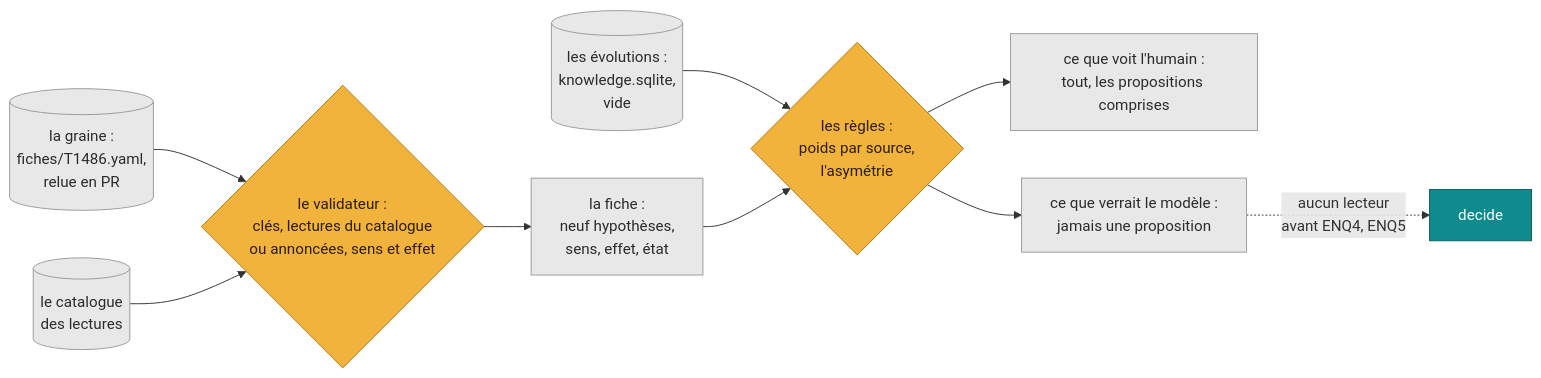
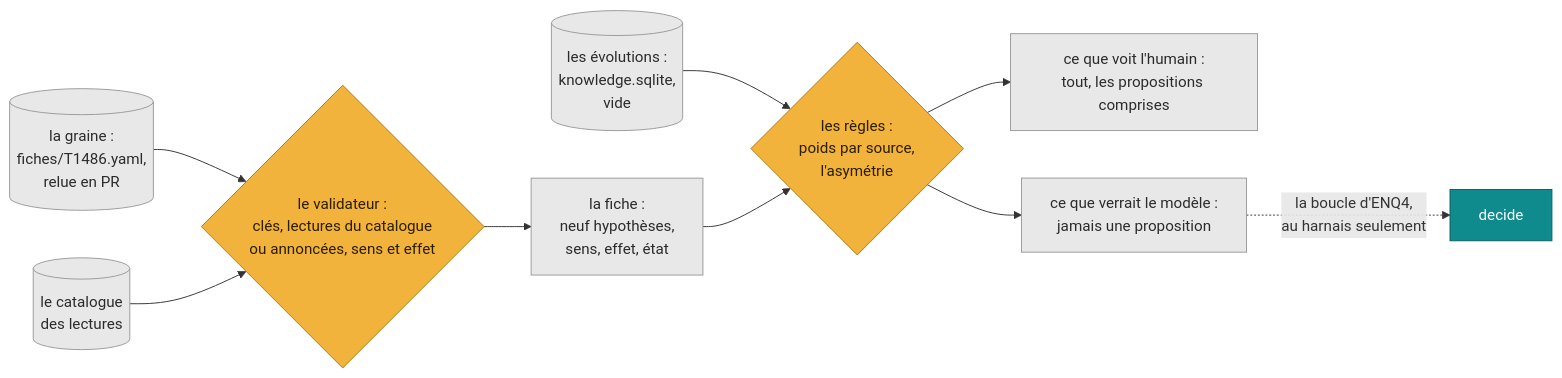
The eighth of 9 diagrams in docs/raisonnement.md (grootcyber/eregion), drawn with Mermaid before and after one commit. The commit also changed other lines of this file and 7 other files, not shown here.

First line of the commit message:
docs(glorfindel): la boucle de l'enquête au labo — la décision « d'abord la boucle », ce que la séance tranchera sur N et T, sa commande et son coût (ENQ4, #1085)

````diff
--- a/docs/raisonnement.md
+++ b/docs/raisonnement.md
@@ -756,17 +760,17 @@
 ```mermaid
 flowchart LR
     SEED[("la graine :<br/>fiches/T1486.yaml,<br/>relue en PR")] --> VAL{"le validateur :<br/>clés, lectures du catalogue<br/>ou annoncées, sens et effet"}
     CAT[("le catalogue<br/>des lectures")] --> VAL
     VAL --> FI["la fiche :<br/>neuf hypothèses,<br/>sens, effet, état"]
     EVT[("les évolutions :<br/>knowledge.sqlite,<br/>vide")] --> RU{"les règles :<br/>poids par source,<br/>l'asymétrie"}
     FI --> RU
     RU --> HUM["ce que voit l'humain :<br/>tout, les propositions comprises"]
     RU --> MOD["ce que verrait le modèle :<br/>jamais une proposition"]
-    MOD -.->|"aucun lecteur<br/>avant ENQ4, ENQ5"| X["decide"]
+    MOD -.->|"la boucle d'ENQ4,<br/>au harnais seulement"| X["decide"]
     classDef model fill:#0f8b8d,stroke:#0a5f60,color:#ffffff
     classDef guard fill:#f2b33d,stroke:#b07a12,color:#2b1d00
     classDef data fill:#e8e8e8,stroke:#9a9a9a,color:#2b2b2b
     class X model
     class VAL,RU guard
     class SEED,CAT,EVT,FI,HUM,MOD data
 ```
````
